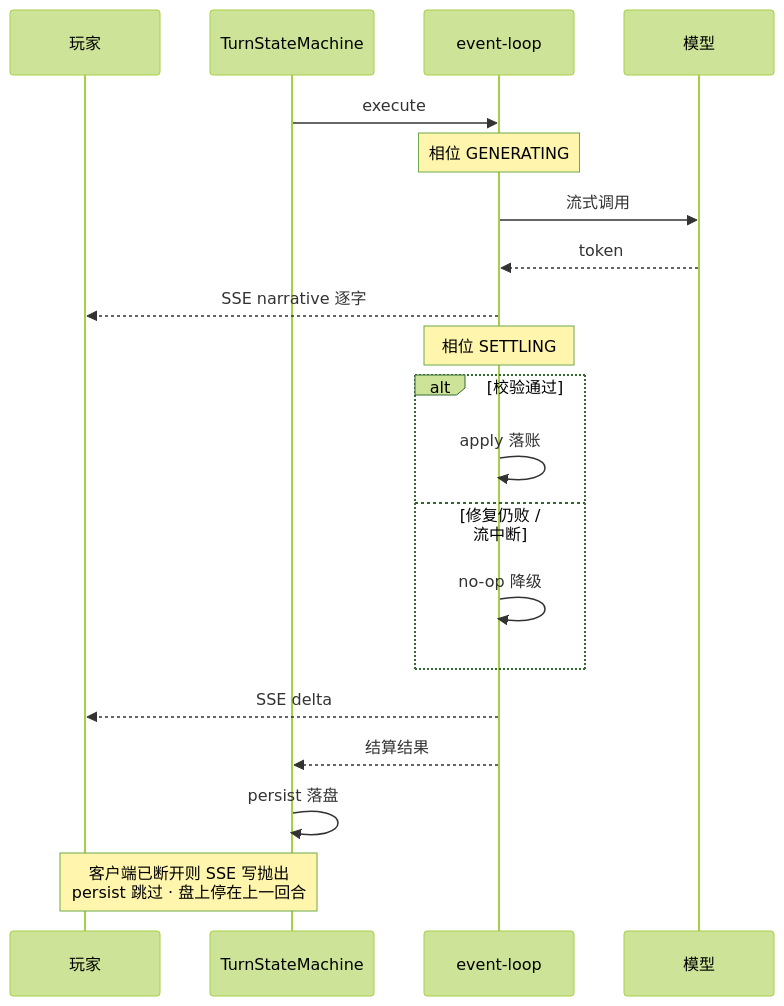
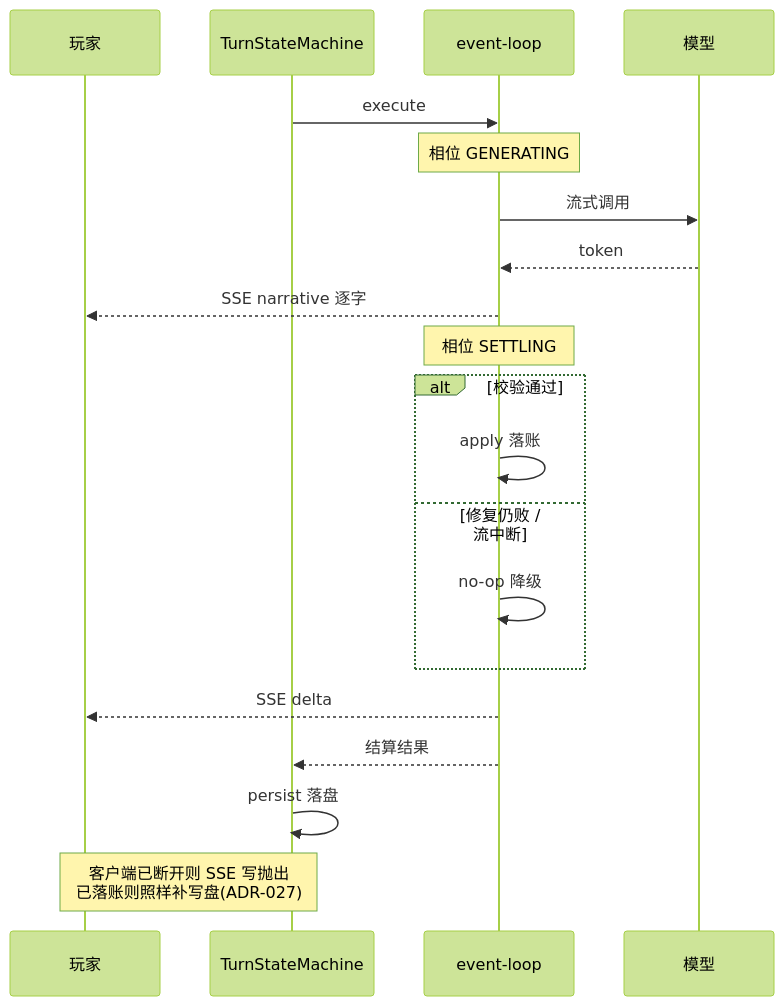
The third of 3 diagrams in docs/architecture.md (felixQAQ-edu/ai-universe-simulator), drawn with Mermaid (forest theme) before and after one commit. The commit also changed other lines of this file, not shown here.

First line of the commit message:
docs(architecture): 刀 1 收漂移 —— 正常回合图那条注与说明段改为「已落账照样补写盘」

````diff
--- a/docs/architecture.md
+++ b/docs/architecture.md
@@ -109,23 +109,23 @@
 ```mermaid
 sequenceDiagram
     participant P as 玩家
     participant M as TurnStateMachine
     participant E as event-loop
     participant L as 模型
 
     M->>E: execute
     Note over E: 相位 GENERATING
     E->>L: 流式调用
     L-->>E: token
     E-->>P: SSE narrative 逐字
     Note over E: 相位 SETTLING
     alt 校验通过
         E->>E: apply 落账
     else 修复仍败 / 流中断
         E->>E: no-op 降级
     end
     E-->>P: SSE delta
     E-->>M: 结算结果
     M->>M: persist 落盘
-    Note over P,M: 客户端已断开则 SSE 写抛出<br/>persist 跳过 · 盘上停在上一回合
+    Note over P,M: 客户端已断开则 SSE 写抛出<br/>已落账则照样补写盘(ADR-027)
 ```
````
